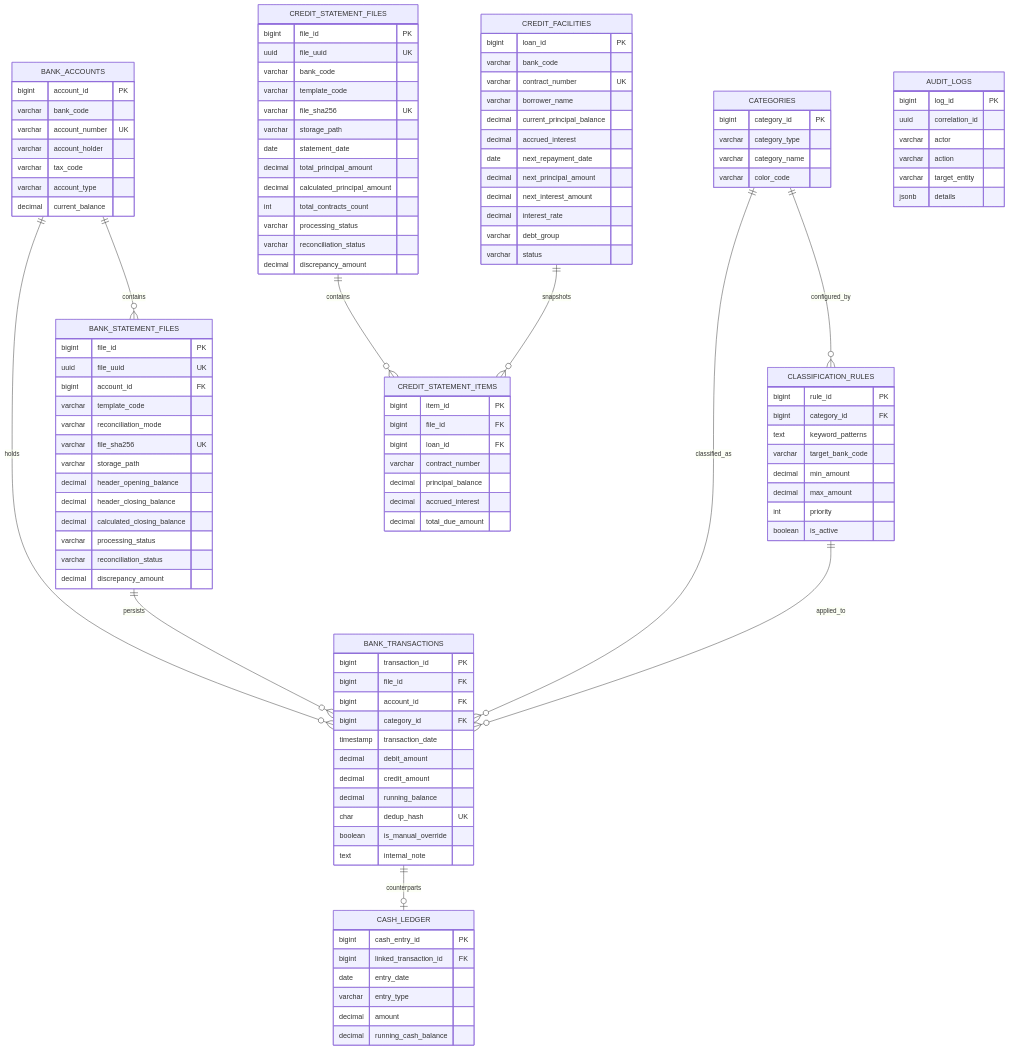
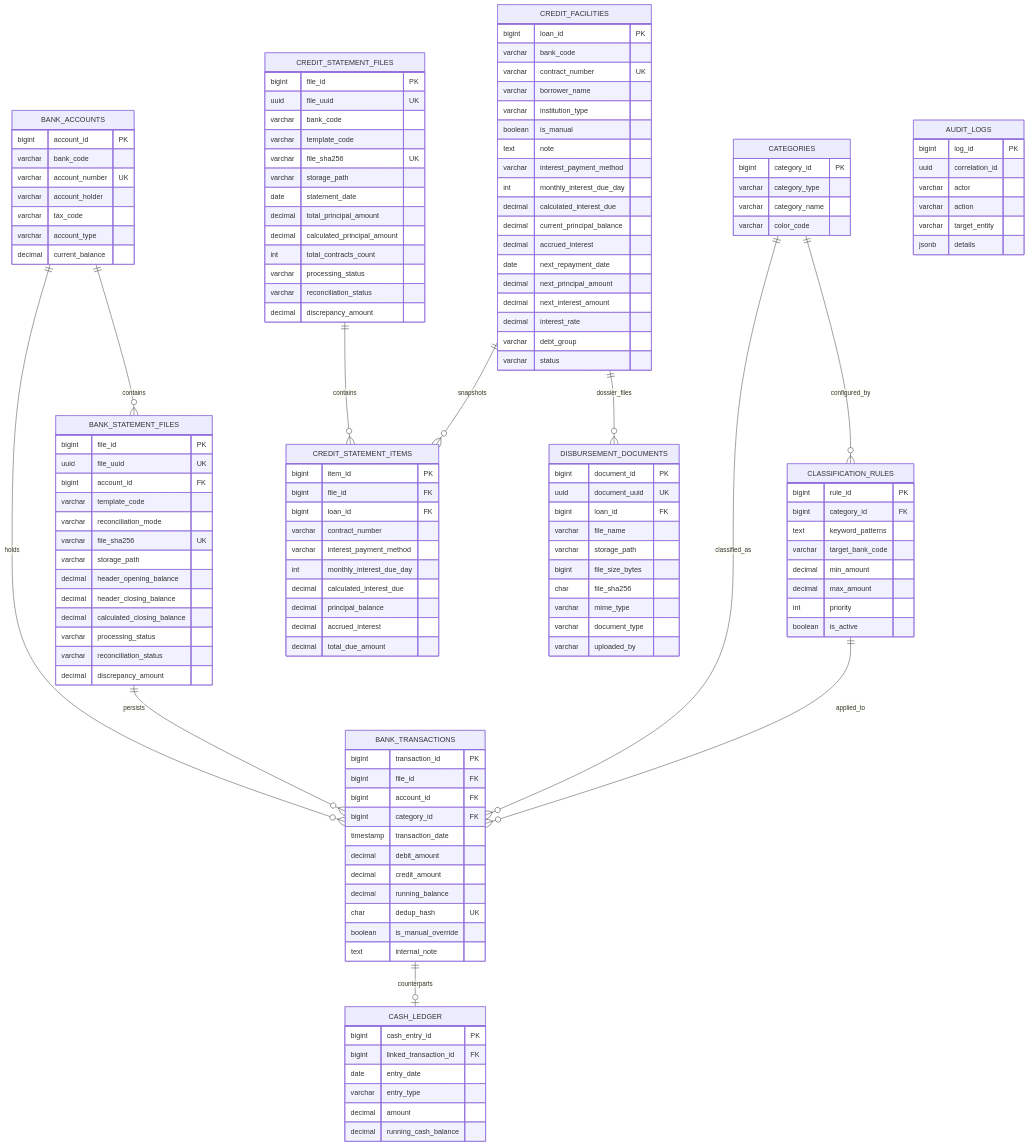
One commit to nlcnhung024/treasury_system changed the fourth of 5 diagrams in docs/SAD.md. Above: the diagram before and after it, drawn with Mermaid. The commit also changed other lines of this file and 85 other files, not shown here.

First line of the commit message:
feat(credit): implement revolving debt repayment planning and loan schedule optimization

```diff
--- a/docs/SAD.md
+++ b/docs/SAD.md
@@ -431,6 +434,7 @@
     BANK_TRANSACTIONS ||--o| CASH_LEDGER : "counterparts"
     CREDIT_STATEMENT_FILES ||--o{ CREDIT_STATEMENT_ITEMS : "contains"
     CREDIT_FACILITIES ||--o{ CREDIT_STATEMENT_ITEMS : "snapshots"
+    CREDIT_FACILITIES ||--o{ DISBURSEMENT_DOCUMENTS : "dossier_files"
 
     BANK_ACCOUNTS {
         bigint account_id PK
@@ -479,6 +483,12 @@
         varchar bank_code
         varchar contract_number UK
         varchar borrower_name
+        varchar institution_type
+        boolean is_manual
+        text note
+        varchar interest_payment_method
+        int monthly_interest_due_day
+        decimal calculated_interest_due
         decimal current_principal_balance
         decimal accrued_interest
         date next_repayment_date
@@ -494,9 +504,25 @@
         bigint file_id FK
         bigint loan_id FK
         varchar contract_number
+        varchar interest_payment_method
+        int monthly_interest_due_day
+        decimal calculated_interest_due
         decimal principal_balance
         decimal accrued_interest
         decimal total_due_amount
+    }
+
+    DISBURSEMENT_DOCUMENTS {
+        bigint document_id PK
+        uuid document_uuid UK
+        bigint loan_id FK
+        varchar file_name
+        varchar storage_path
+        bigint file_size_bytes
+        char file_sha256
+        varchar mime_type
+        varchar document_type
+        varchar uploaded_by
     }
 
     CATEGORIES {
```
